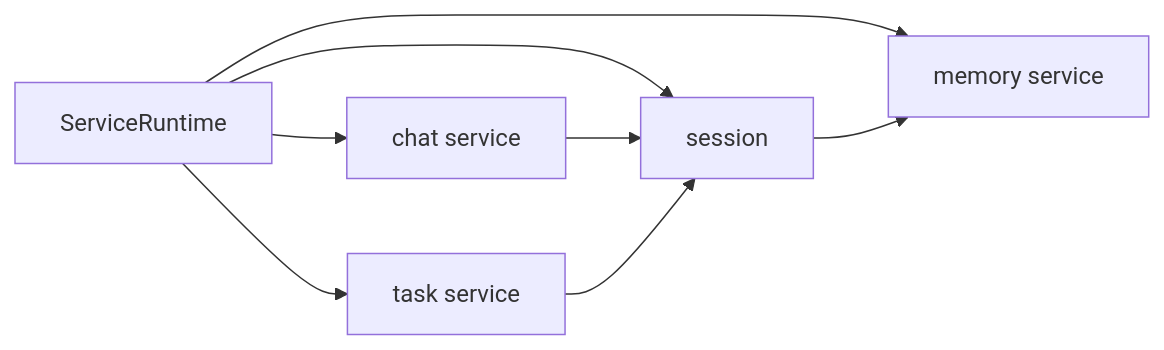
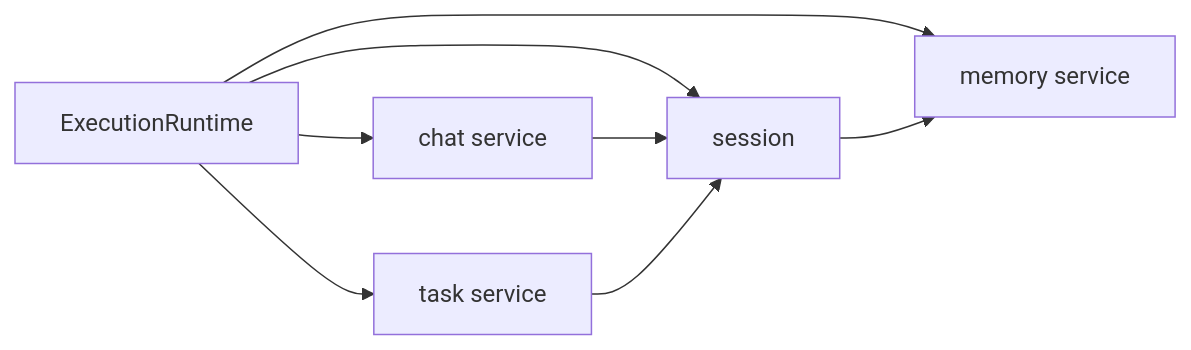
One commit to wangenius/downcity changed the fourth of 4 diagrams in docs/memory/02-architecture.mdx. Above: the diagram before and after it, drawn with Mermaid. The commit also changed other lines of this file and 410 other files, not shown here.

````diff
--- a/docs/memory/02-architecture.mdx
+++ b/docs/memory/02-architecture.mdx
@@ -148,17 +148,17 @@
 ```mermaid
 flowchart LR
-  SR[ServiceRuntime]
+  ER[ExecutionRuntime]
   SS[session]
   MS[memory service]
   CS[chat service]
   TS[task service]
 
-  SR --> SS
-  SR --> MS
-  SR --> CS
-  SR --> TS
+  ER --> SS
+  ER --> MS
+  ER --> CS
+  ER --> TS
 
   CS --> SS
   TS --> SS
   SS --> MS
 ```
````
